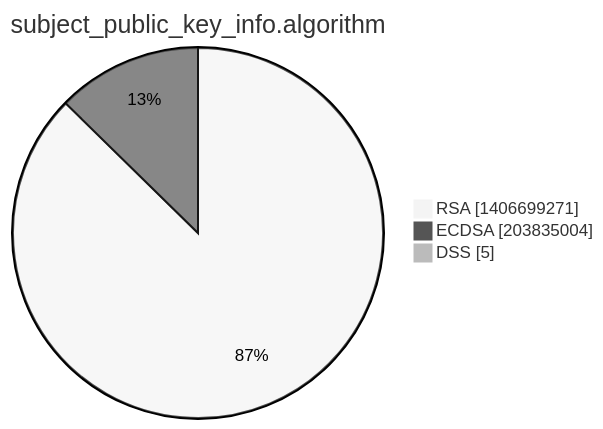
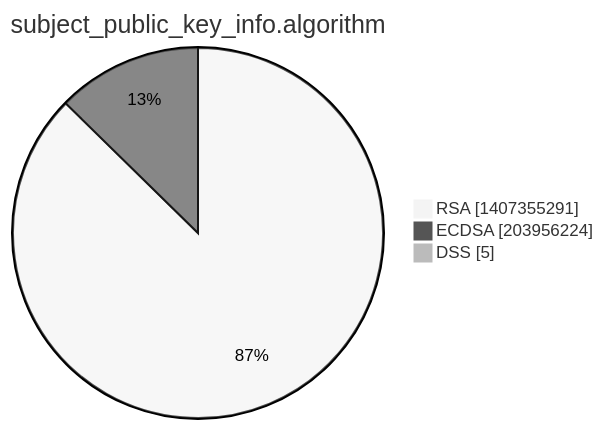
One commit to christiankrug/ctmonitor_visualization changed the third of 15 diagrams in xenon2022/README.md. Above: the diagram before and after it, drawn with Mermaid (neutral theme). The commit also changed other lines of this file, not shown here.

````diff
--- a/xenon2022/README.md
+++ b/xenon2022/README.md
@@ -14,7 +14,7 @@
 ```mermaid
 pie showData
 title subject_public_key_info.algorithm
-"RSA" :1406699271
-"ECDSA" :203835004
+"RSA" :1407355291
+"ECDSA" :203956224
 "DSS" :5
 ```
````
